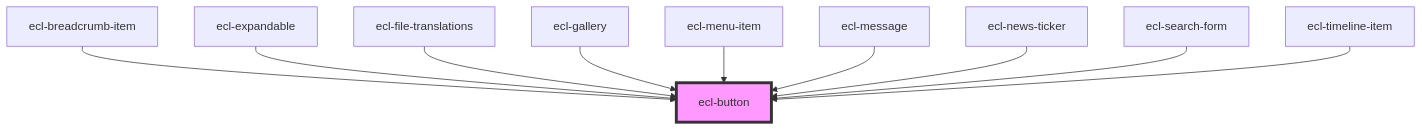
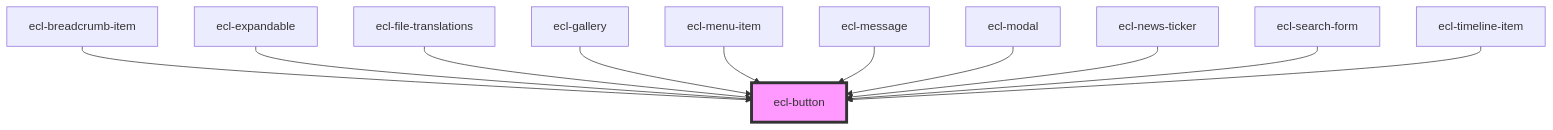
Before and after one commit to ec-europa/ecl-webcomponents: the diagram in src/components/ecl-button/readme.md, drawn with Mermaid. The commit also changed other lines of this file and 14 other files, not shown here.

````diff
--- a/src/components/ecl-button/readme.md
+++ b/src/components/ecl-button/readme.md
@@ -31,13 +33,14 @@
 ```mermaid
 graph TD;
   ecl-breadcrumb-item --> ecl-button
   ecl-expandable --> ecl-button
   ecl-file-translations --> ecl-button
   ecl-gallery --> ecl-button
   ecl-menu-item --> ecl-button
   ecl-message --> ecl-button
+  ecl-modal --> ecl-button
   ecl-news-ticker --> ecl-button
   ecl-search-form --> ecl-button
   ecl-timeline-item --> ecl-button
   style ecl-button fill:#f9f,stroke:#333,stroke-width:4px
 ```
````
